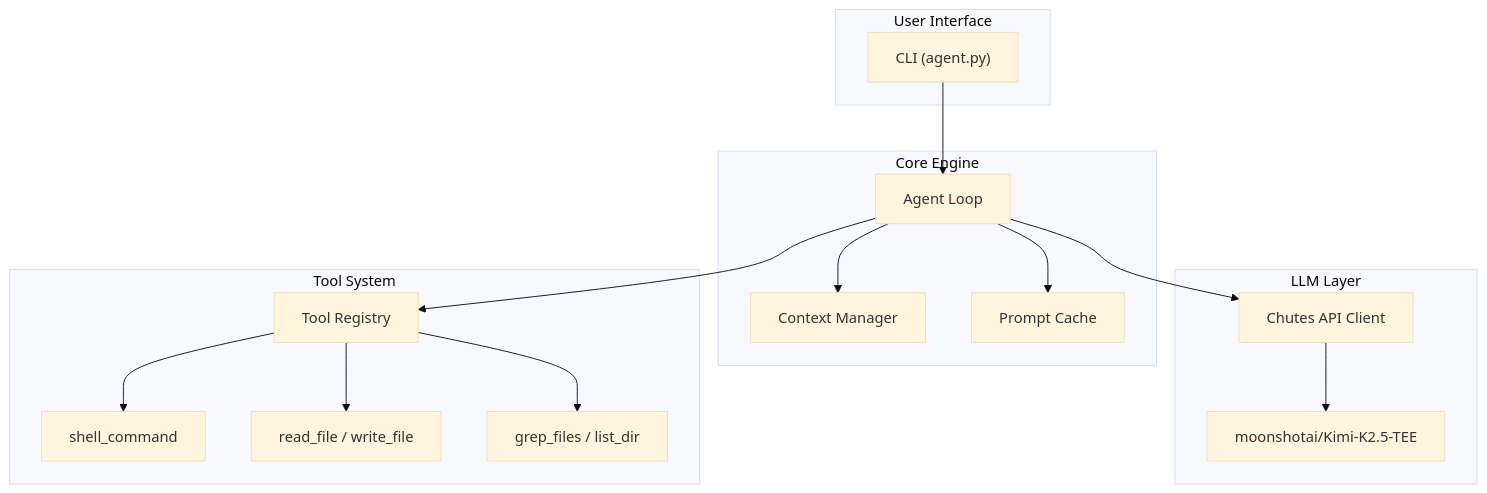
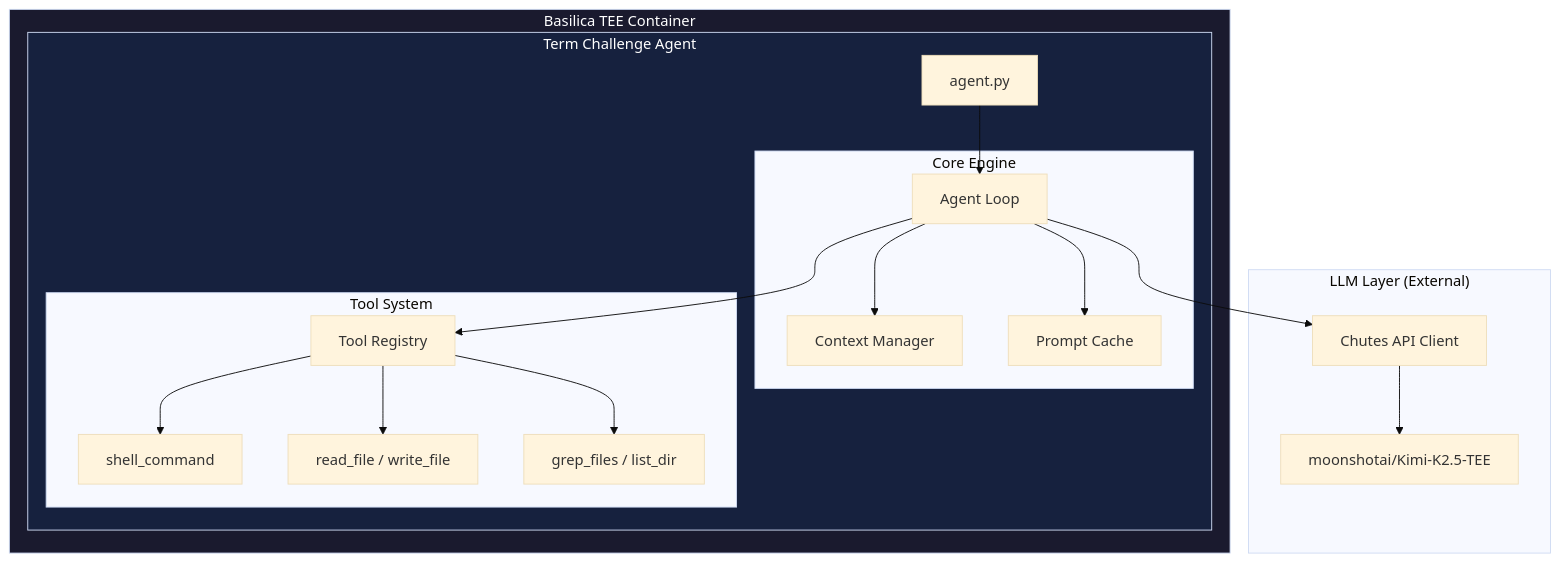
One commit to PlatformNetwork/baseagent changed the first of 6 diagrams in README.md. Above: the diagram before and after it, drawn with Mermaid (base theme). The commit also changed other lines of this file, not shown here.

First line of the commit message:
docs: improve README with tool diagrams and project links

````diff
--- a/README.md
+++ b/README.md
@@ -11,34 +20,39 @@
 ```mermaid
 graph TB
-    subgraph User["User Interface"]
-        CLI["CLI (agent.py)"]
+    subgraph Basilica["Basilica TEE Container"]
+        subgraph TermChallenge["Term Challenge Agent"]
+            CLI["agent.py"]
+            
+            subgraph Core["Core Engine"]
+                Loop["Agent Loop"]
+                Context["Context Manager"]
+                Cache["Prompt Cache"]
+            end
+            
+            subgraph Tools["Tool System"]
+                Registry["Tool Registry"]
+                Shell["shell_command"]
+                Files["read_file / write_file"]
+                Search["grep_files / list_dir"]
+            end
+        end
     end
     
-    subgraph Core["Core Engine"]
-        Loop["Agent Loop"]
-        Context["Context Manager"]
-        Cache["Prompt Cache"]
-    end
-    
-    subgraph LLM["LLM Layer"]
+    subgraph LLM["LLM Layer (External)"]
         Client["Chutes API Client"]
         Model["moonshotai/Kimi-K2.5-TEE"]
-    end
-    
-    subgraph Tools["Tool System"]
-        Registry["Tool Registry"]
-        Shell["shell_command"]
-        Files["read_file / write_file"]
-        Search["grep_files / list_dir"]
     end
     
     CLI --> Loop
     Loop --> Context
     Loop --> Cache
     Loop --> Client
     Client --> Model
     Loop --> Registry
     Registry --> Shell
     Registry --> Files
     Registry --> Search
+    
+    style Basilica fill:#1a1a2e,color:#fff
+    style TermChallenge fill:#16213e,color:#fff
 ```
````
